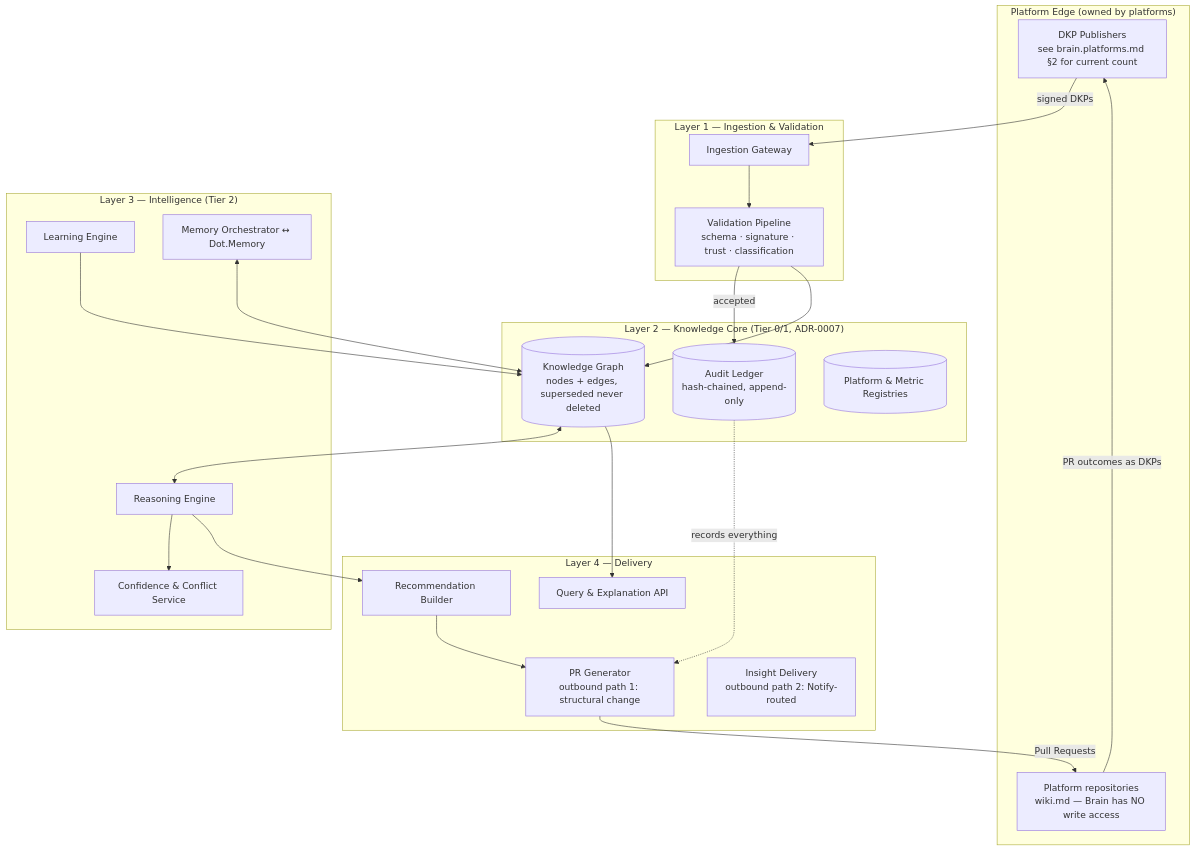
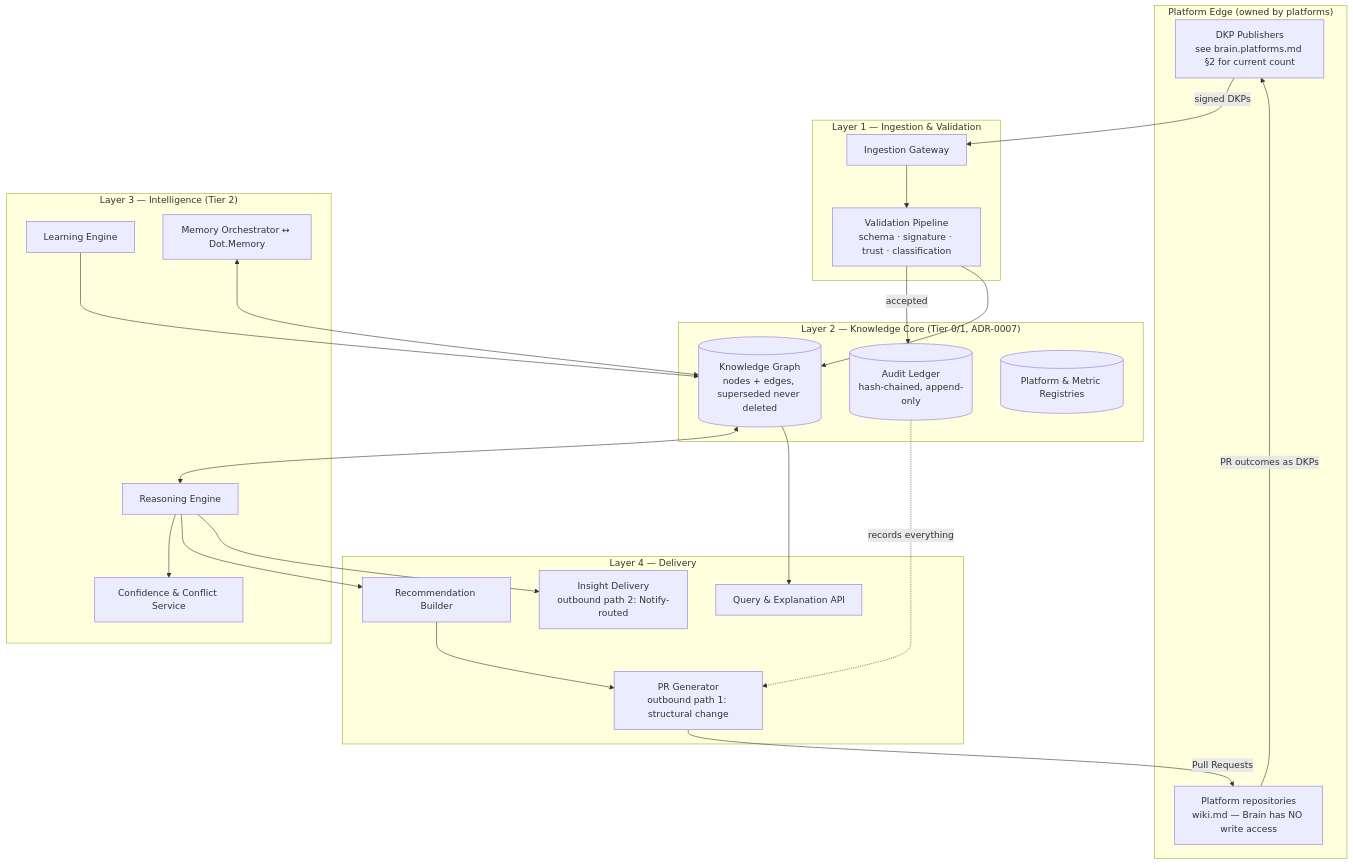
Before and after one commit to sakhilebhayi/Dot.Brain: the first of 2 diagrams in brain.architecture.md, drawn with Mermaid. The commit also changed 3 other files, not shown here.

````diff
--- a/brain.architecture.md
+++ b/brain.architecture.md
@@ -31,39 +31,40 @@
 ```mermaid
 graph TB
     subgraph P["Platform Edge (owned by platforms)"]
         PUB[DKP Publishers<br/>see brain.platforms.md §2 for current count]
         REPOS[Platform repositories<br/>wiki.md — Brain has NO write access]
     end
     subgraph L1["Layer 1 — Ingestion & Validation"]
         GW[Ingestion Gateway]
         VAL[Validation Pipeline<br/>schema · signature · trust · classification]
     end
     subgraph L2["Layer 2 — Knowledge Core (Tier 0/1, ADR-0007)"]
         LEDGER[(Audit Ledger<br/>hash-chained, append-only)]
         GRAPH[(Knowledge Graph<br/>nodes + edges, superseded never deleted)]
         REG[(Platform & Metric Registries)]
     end
     subgraph L3["Layer 3 — Intelligence (Tier 2)"]
         REASON[Reasoning Engine]
         LEARN[Learning Engine]
         MEM[Memory Orchestrator ↔ Dot.Memory]
         CONF[Confidence & Conflict Service]
     end
     subgraph L4["Layer 4 — Delivery"]
         REC[Recommendation Builder]
         PRGEN[PR Generator<br/>outbound path 1: structural change]
         INSDEL[Insight Delivery<br/>outbound path 2: Notify-routed]
         QUERY[Query & Explanation API]
     end
     PUB -->|signed DKPs| GW --> VAL
     VAL -->|accepted| LEDGER
     VAL --> GRAPH
     GRAPH <--> REASON
     REASON --> CONF
     LEARN --> GRAPH
     MEM <--> GRAPH
     REASON --> REC --> PRGEN -->|Pull Requests| REPOS
+    REASON --> INSDEL
     REPOS -->|PR outcomes as DKPs| PUB
     GRAPH --> QUERY
     LEDGER -.records everything.-> PRGEN
 ```
````
